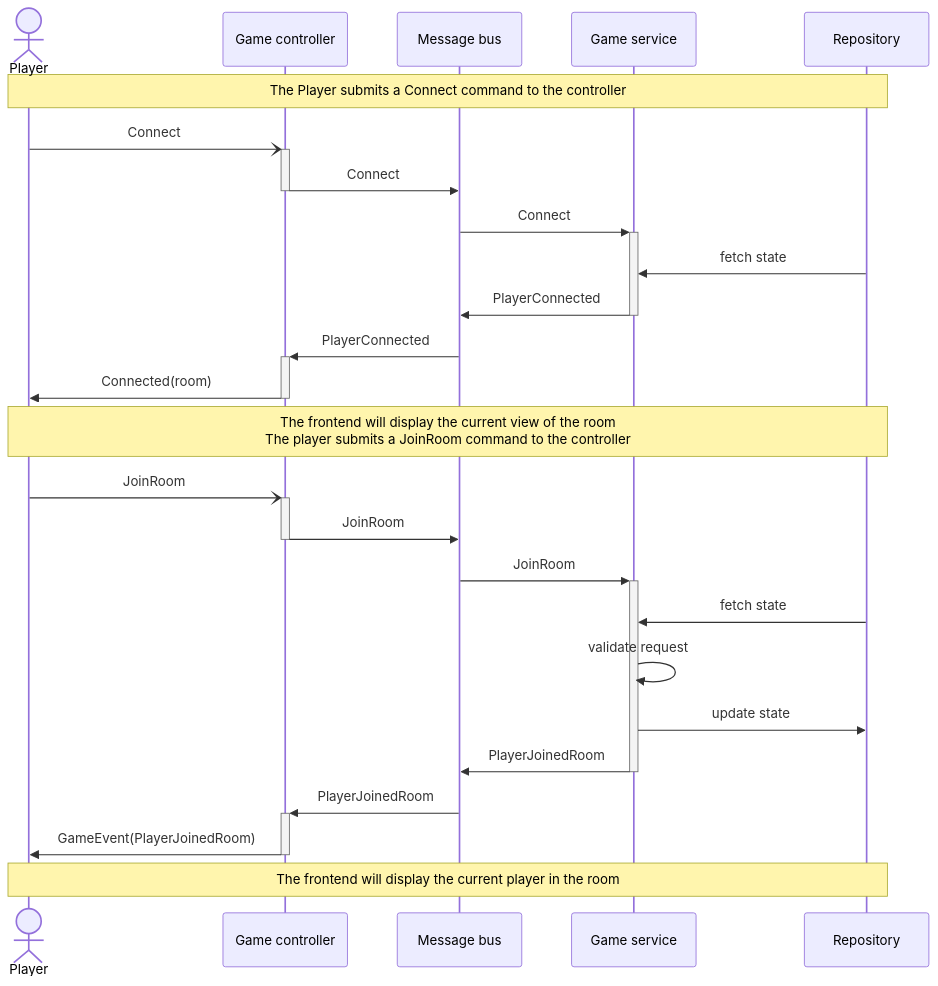
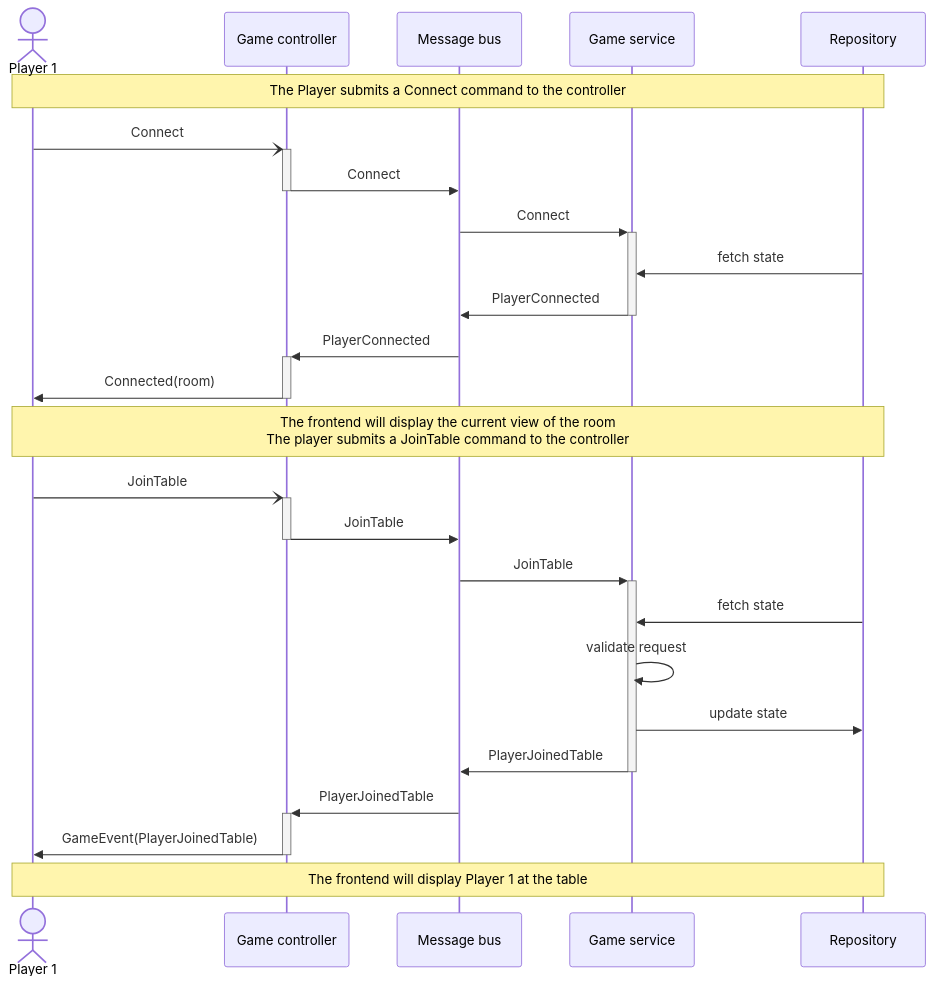
The second of 3 diagrams in README.md (epifab/bastoni), drawn with Mermaid before and after one commit. The commit also changed 22 other files, not shown here.

Commit message:
JoinTable instead of JoinRoom

````diff
--- a/README.md
+++ b/README.md
@@ -83,28 +83,28 @@
 ```mermaid
 sequenceDiagram
-    actor p AS Player
+    actor p AS Player 1
     participant controller AS Game controller
     participant bus AS Message bus
     participant service AS Game service
     participant repo AS Repository
 
     note over p, repo: The Player submits a Connect command to the controller
     p-)+controller: Connect
     controller->>-bus: Connect
     bus->>+service: Connect
     repo->>service: fetch state
     service->>-bus: PlayerConnected
     bus->>+controller: PlayerConnected
     controller->>-p: Connected(room)
-    note over p, repo: The frontend will display the current view of the room<br/>The player submits a JoinRoom command to the controller
-    p-)+controller: JoinRoom
-    controller->>-bus: JoinRoom
-    bus->>+service: JoinRoom
+    note over p, repo: The frontend will display the current view of the room<br/>The player submits a JoinTable command to the controller
+    p-)+controller: JoinTable
+    controller->>-bus: JoinTable
+    bus->>+service: JoinTable
     repo->>service: fetch state
     service->>service: validate request
     service->>repo: update state
-    service->>-bus: PlayerJoinedRoom
-    bus->>+controller: PlayerJoinedRoom
-    controller->>-p: GameEvent(PlayerJoinedRoom)
-    note over p, repo: The frontend will display the current player in the room
+    service->>-bus: PlayerJoinedTable
+    bus->>+controller: PlayerJoinedTable
+    controller->>-p: GameEvent(PlayerJoinedTable)
+    note over p, repo: The frontend will display Player 1 at the table
 ```
````
